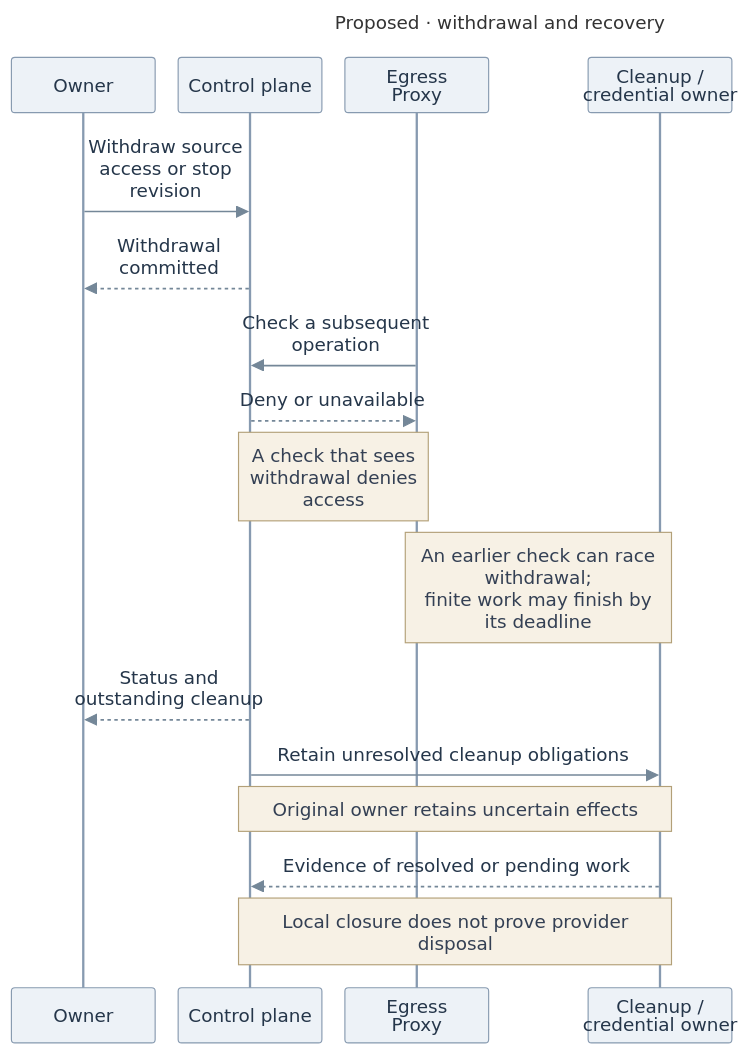
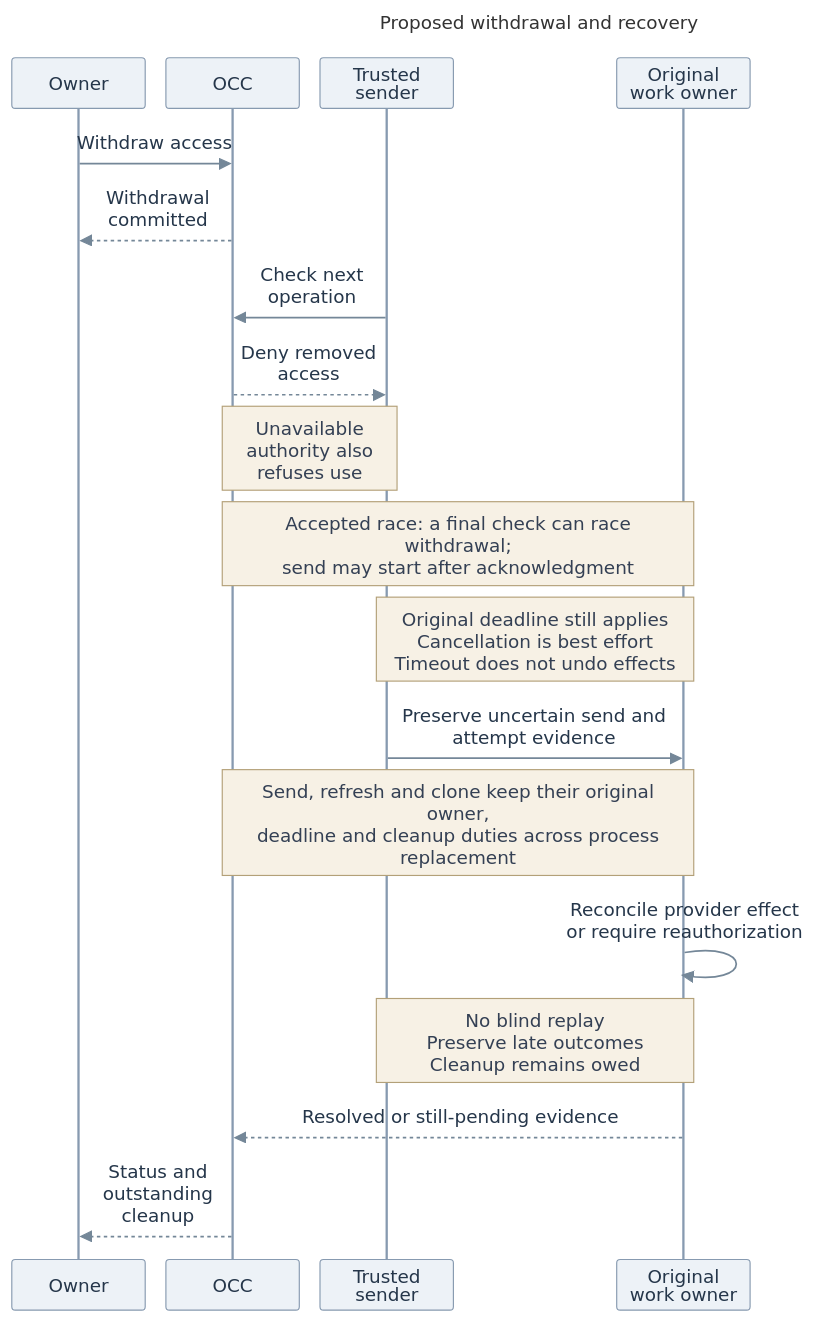
One commit to freeqaz-openai/openclaw-enterprise changed the diagram in specs/rfcs/0019-egress-proxy-credential-lifecycle/assets/revocation-recovery.mmd. Above: the diagram before and after it, drawn with Mermaid. The commit also changed 16 other files, not shown here.

Commit message:
docs(rfc): clarify egress architecture and security model

```diff
--- a/specs/rfcs/0019-egress-proxy-credential-lifecycle/assets/revocation-recovery.mmd
+++ b/specs/rfcs/0019-egress-proxy-credential-lifecycle/assets/revocation-recovery.mmd
@@ -1,43 +1,45 @@
 ---
-title: "Proposed · withdrawal and recovery"
+title: "Proposed withdrawal and recovery"
 config:
   theme: base
   themeVariables:
     fontFamily: "Arial, sans-serif"
     fontSize: "16px"
     actorBkg: "#EDF2F7"
     actorBorder: "#879AB0"
     actorTextColor: "#25364A"
     noteBkgColor: "#F7F1E5"
     noteBorderColor: "#B3A078"
     noteTextColor: "#344054"
     signalColor: "#748798"
     signalTextColor: "#25364A"
   sequence:
     useMaxWidth: false
-    actorMargin: 20
-    width: 125
-    height: 48
-    diagramMarginX: 16
-    diagramMarginY: 16
-    messageMargin: 20
-    noteMargin: 10
+    actorMargin: 18
+    width: 116
+    height: 44
+    diagramMarginX: 12
+    diagramMarginY: 12
+    messageMargin: 16
+    noteMargin: 8
     mirrorActors: true
     wrap: true
 ---
 sequenceDiagram
   participant O as Owner
-  participant C as Control plane
-  participant G as Egress<br/>Proxy
-  participant R as Cleanup /<br/>credential owner
-  O->>C: Withdraw source access or stop revision
+  participant C as OCC
+  participant S as Trusted sender
+  participant R as Original work owner
+  O->>C: Withdraw access
   C-->>O: Withdrawal committed
-  G->>C: Check a subsequent operation
-  C-->>G: Deny or unavailable
-  Note over C,G: A check that sees withdrawal denies access
-  Note over G,R: An earlier check can race withdrawal#59;<br/>finite work may finish by its deadline
+  S->>C: Check next operation
+  C-->>S: Deny removed access
+  Note over C,S: Unavailable authority also refuses use
+  Note over C,R: Accepted race: a final check can race withdrawal#59;<br/>send may start after acknowledgment
+  Note over S,R: Original deadline still applies<br/>Cancellation is best effort<br/>Timeout does not undo effects
+  S->>R: Preserve uncertain send and attempt evidence
+  Note over C,R: Send, refresh and clone keep their original owner,<br/>deadline and cleanup duties across process replacement
+  R->>R: Reconcile provider effect<br/>or require reauthorization
+  Note over S,R: No blind replay<br/>Preserve late outcomes<br/>Cleanup remains owed
+  R-->>C: Resolved or still-pending evidence
   C-->>O: Status and outstanding cleanup
-  C->>R: Retain unresolved cleanup obligations
-  Note over C,R: Original owner retains uncertain effects
-  R-->>C: Evidence of resolved or pending work
-  Note over C,R: Local closure does not prove provider disposal
```
